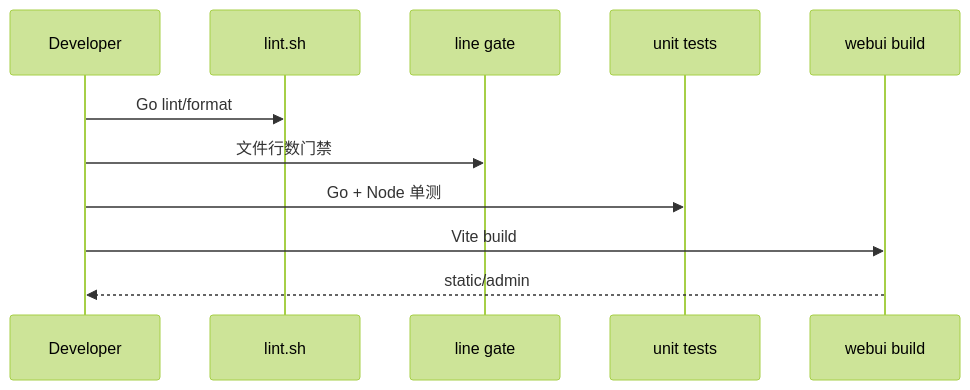
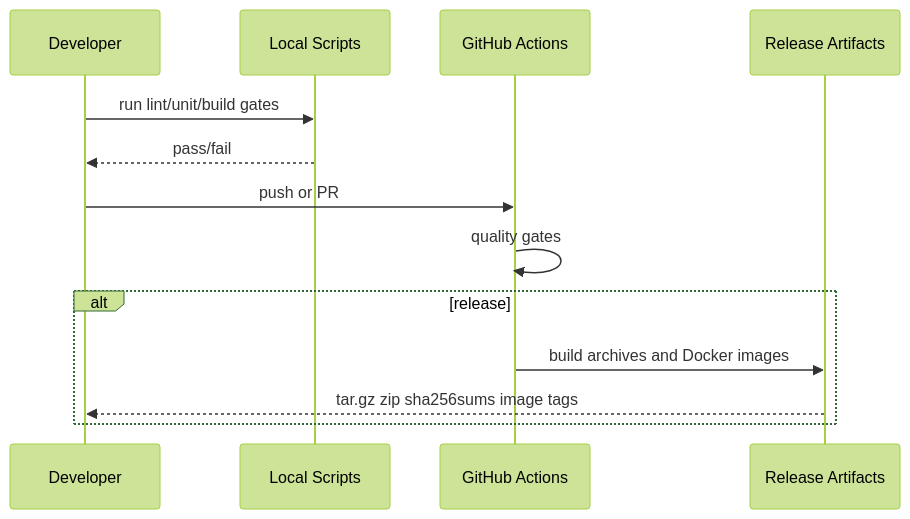
One commit to marklove5102/DeepSeek_Web_To_API changed the second of 2 diagrams in docs/Testing and Delivery/Testing and Delivery.md. Above: the diagram before and after it, drawn with Mermaid (forest theme). The commit also changed other lines of this file and 27 other files, not shown here.

````diff
--- a/docs/Testing and Delivery/Testing and Delivery.md
+++ b/docs/Testing and Delivery/Testing and Delivery.md
@@ -86,13 +82,15 @@
 ```mermaid
 sequenceDiagram
 participant Dev as Developer
-participant Lint as lint.sh
-participant Lines as line gate
-participant Unit as unit tests
-participant Web as webui build
-Dev->>Lint: Go lint/format
-Dev->>Lines: 文件行数门禁
-Dev->>Unit: Go + Node 单测
-Dev->>Web: Vite build
-Web-->>Dev: static/admin
+participant Local as Local Scripts
+participant CI as GitHub Actions
+participant Release as Release Artifacts
+Dev->>Local: run lint/unit/build gates
+Local-->>Dev: pass/fail
+Dev->>CI: push or PR
+CI->>CI: quality gates
+alt release
+CI->>Release: build archives and Docker images
+Release-->>Dev: tar.gz zip sha256sums image tags
+end
 ```
````
